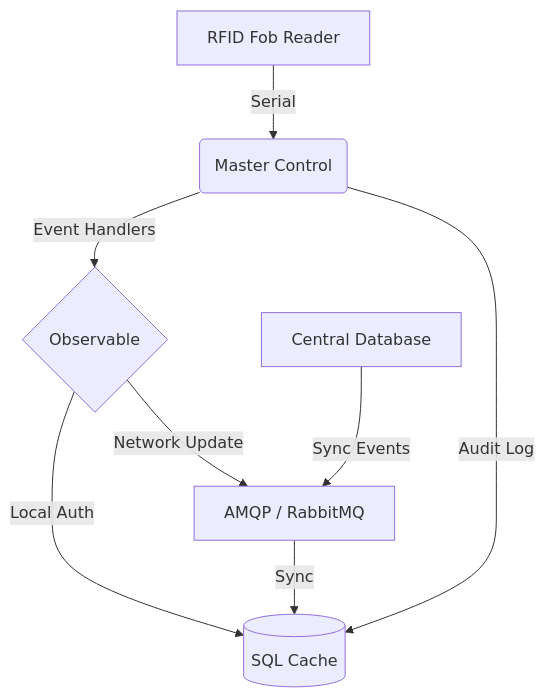
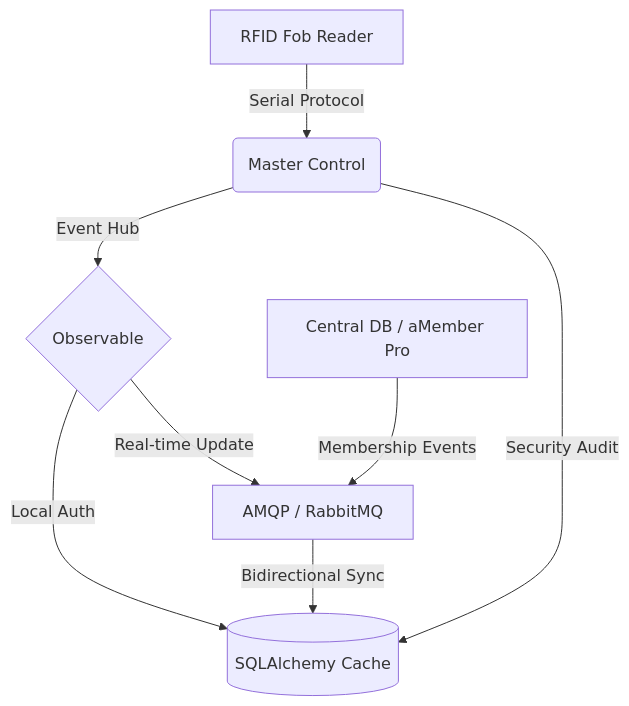
Before and after one commit to rohankar02/Master-Control: the diagram in README.md, drawn with Mermaid. The commit also changed other lines of this file and 2 other files, not shown here.

````diff
--- a/README.md
+++ b/README.md
@@ -25,10 +21,10 @@
 ```mermaid
 graph TD
-    A[RFID Fob Reader] -- Serial --> B(Master Control)
-    B -- Event Handlers --> C{Observable}
-    C -- Local Auth --> D[(SQL Cache)]
-    C -- Network Update --> E[AMQP / RabbitMQ]
-    E -- Sync --> D
-    B -- Audit Log --> D
-    F[Central Database] -- Sync Events --> E
+    A[RFID Fob Reader] -- Serial Protocol --> B(Master Control)
+    B -- Event Hub --> C{Observable}
+    C -- Local Auth --> D[(SQLAlchemy Cache)]
+    C -- Real-time Update --> E[AMQP / RabbitMQ]
+    E -- Bidirectional Sync --> D
+    B -- Security Audit --> D
+    F[Central DB / aMember Pro] -- Membership Events --> E
 ```
````
